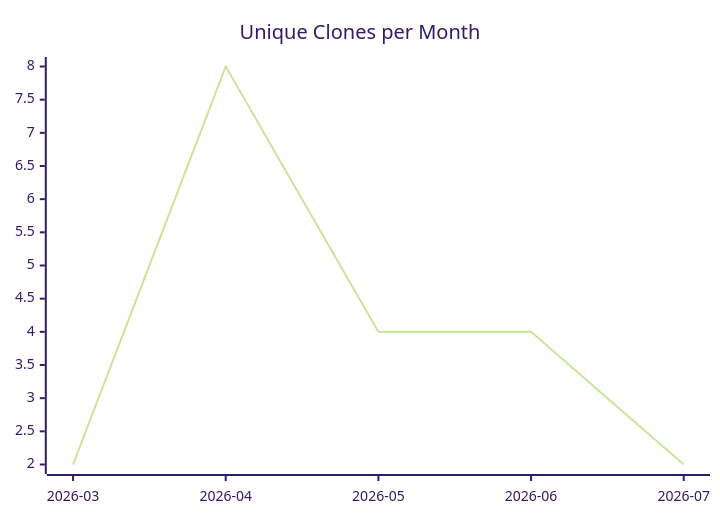
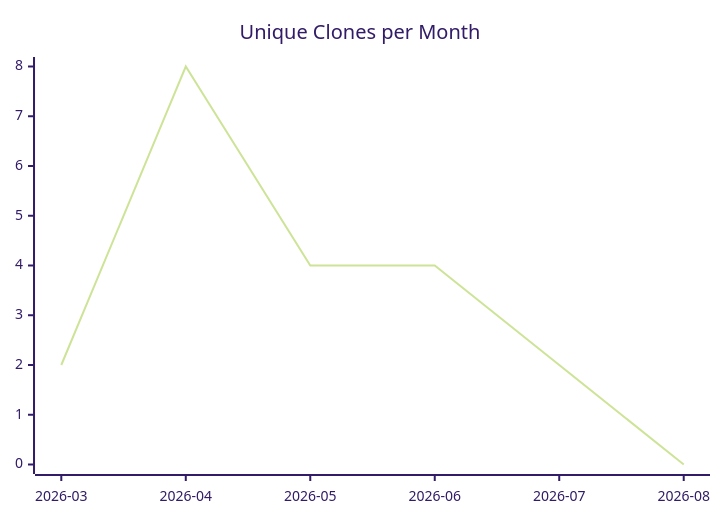
Before and after one commit to justdavis-family/github-analytics-data: the third of 3 diagrams in karlmdavis/m2e-core-tests/README.md, drawn with Mermaid (forest theme). The commit also changed other lines of this file and 180 other files, not shown here.

````diff
--- a/karlmdavis/m2e-core-tests/README.md
+++ b/karlmdavis/m2e-core-tests/README.md
@@ -19,6 +19,6 @@
 ```mermaid
 xychart-beta
   title "Unique Clones per Month"
-  x-axis ["2026-03", "2026-04", "2026-05", "2026-06", "2026-07"]
-  line [2, 8, 4, 4, 2]
+  x-axis ["2026-03", "2026-04", "2026-05", "2026-06", "2026-07", "2026-08"]
+  line [2, 8, 4, 4, 2, 0]
 ```
````
